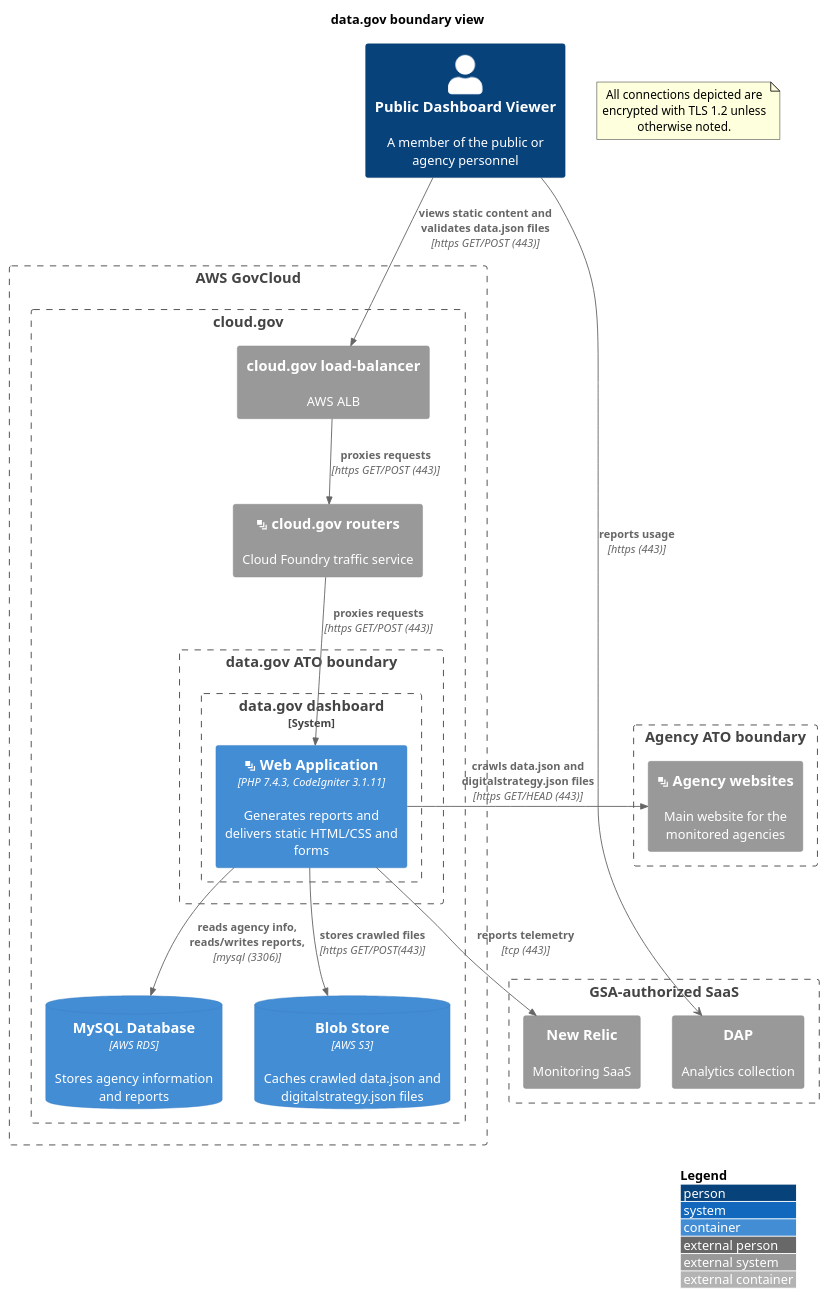
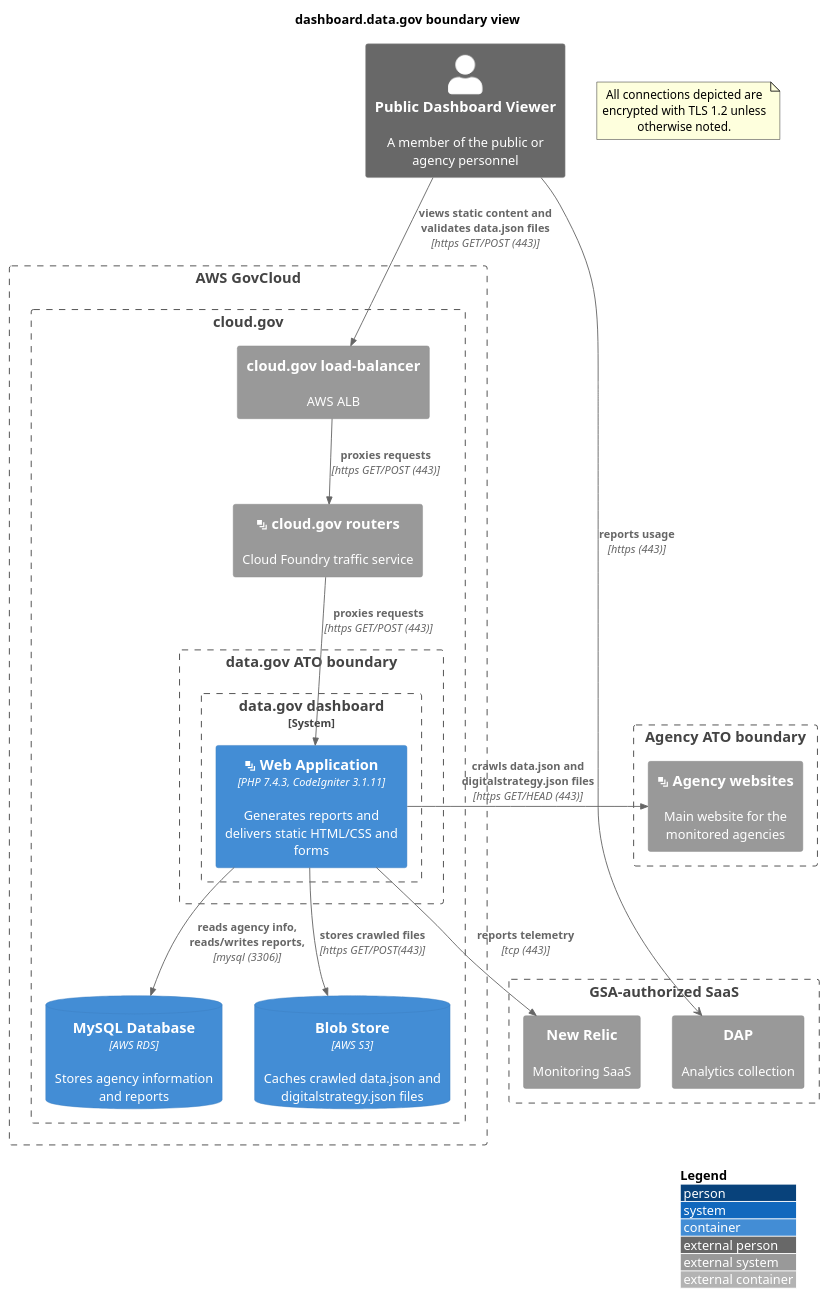
One commit to GSA/datagov-compliance changed the fifth of 9 diagrams in codimd-scratchpad.md. Above: the diagram before and after it, drawn with PlantUML. The commit also changed other lines of this file, not shown here.

Commit message:
Add inline boundary diagrams for www, catalog and inventory; inline logical dashboard view

````diff
--- a/codimd-scratchpad.md
+++ b/codimd-scratchpad.md
@@ -185,52 +326,52 @@
 ```plantuml
 @startuml
 !include https://raw.githubusercontent.com/adrianvlupu/C4-PlantUML/master/C4_Container.puml
 ' uncomment the following line and comment the first to use locally
 ' !include C4_Container.puml
 
 LAYOUT_WITH_LEGEND()
-title data.gov boundary view
+title dashboard.data.gov boundary view
 
 
-Person(public, "Public Dashboard Viewer", "A member of the public or agency personnel")
+Person_Ext(public, "Public Dashboard Viewer", "A member of the public or agency personnel")
 
 note as EncryptionNote
 All connections depicted are encrypted with TLS 1.2 unless otherwise noted.
 end note
 
 Boundary(aws, "AWS GovCloud") {
     
     Boundary(cloudgov, "cloud.gov") {
     	System_Ext(aws_alb, "cloud.gov load-balancer", "AWS ALB")
         System_Ext(cloudgov_router, "<&layers> cloud.gov routers", "Cloud Foundry traffic service")
         Boundary(atob, "data.gov ATO boundary") {
             System_Boundary(dashboard, "data.gov dashboard") {
                 Container(dashboard_app, "<&layers> Web Application", "PHP 7.4.3, CodeIgniter 3.1.11", "Generates reports and delivers static HTML/CSS and forms")
             }
         }
         ContainerDb(dashboard_db, "MySQL Database", "AWS RDS", "Stores agency information and reports")
         ContainerDb(dashboard_s3, "Blob Store", "AWS S3", "Caches crawled data.json and digitalstrategy.json files")
     }
 }
 
 Boundary(agency, "Agency ATO boundary") { 
 	System_Ext(agencysites, "<&layers> Agency websites", "Main website for the monitored agencies")
 }
 
 Boundary(gsa_saas, "GSA-authorized SaaS") { 
 	System_Ext(dap, "DAP", "Analytics collection")
 	System_Ext(newrelic, "New Relic", "Monitoring SaaS")
 }
 
 public -> dap : **reports usage** \n//[https (443)]//
 Rel(dashboard_app, newrelic, "reports telemetry", "tcp (443)")
 
 
 Rel(public, aws_alb, "views static content and validates data.json files", "https GET/POST (443)")
 Rel(aws_alb, cloudgov_router, "proxies requests", "https GET/POST (443)")
 Rel(cloudgov_router, dashboard_app, "proxies requests", "https GET/POST (443)")
 Rel_Neighbor(dashboard_app, agencysites, "crawls data.json and digitalstrategy.json files", "https GET/HEAD (443)") 
 Rel(dashboard_app, dashboard_db, "reads agency info, reads/writes reports, ", "mysql (3306)")
 Rel(dashboard_app, dashboard_s3, "stores crawled files", "https GET/POST(443)")
 @enduml
 ```
````
